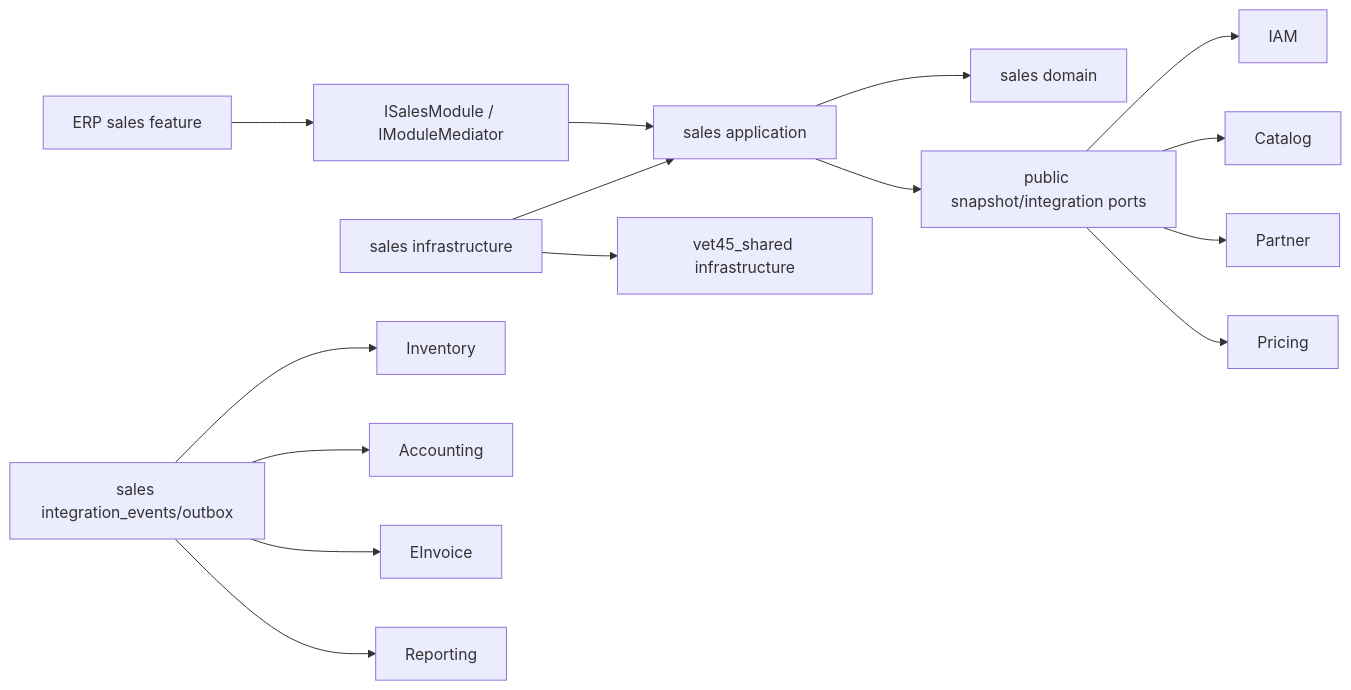
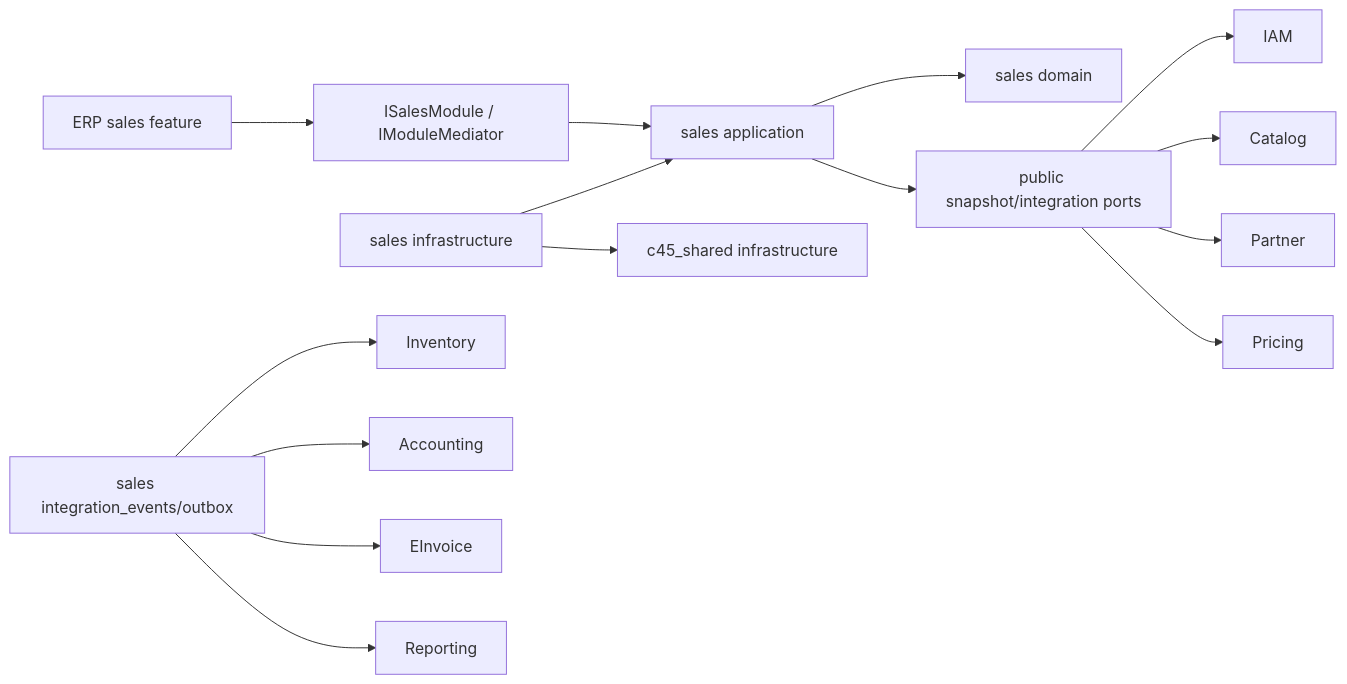
Before and after one commit to DsChien102/erp-sales-inventory: the diagram in docs/themes/TH-05-sales-orders/harness/02-module-map.md, drawn with Mermaid. The commit also changed 2135 other files, not shown here.

````diff
--- a/docs/themes/TH-05-sales-orders/harness/02-module-map.md
+++ b/docs/themes/TH-05-sales-orders/harness/02-module-map.md
@@ -21,17 +21,17 @@
 ```mermaid
 flowchart LR
   UI["ERP sales feature"] --> Med["ISalesModule / IModuleMediator"]
   Med --> Sales["sales application"]
   Sales --> Domain["sales domain"]
   Infra["sales infrastructure"] --> Sales
-  Infra --> Shared["vet45_shared infrastructure"]
+  Infra --> Shared["c45_shared infrastructure"]
   Sales --> Ports["public snapshot/integration ports"]
   Ports --> IAM
   Ports --> Catalog
   Ports --> Partner
   Ports --> Pricing
   Outbox["sales integration_events/outbox"] --> Inventory
   Outbox --> Accounting
   Outbox --> EInvoice
   Outbox --> Reporting
 ```
````
